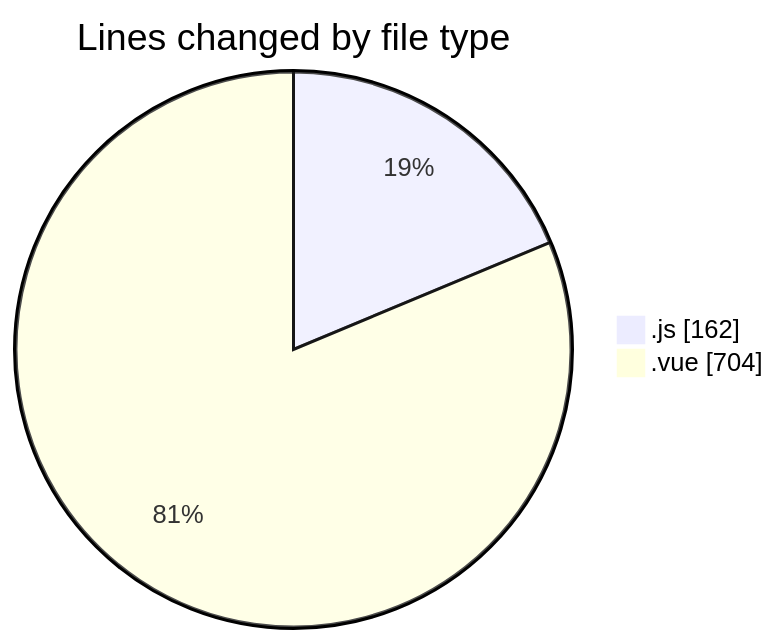
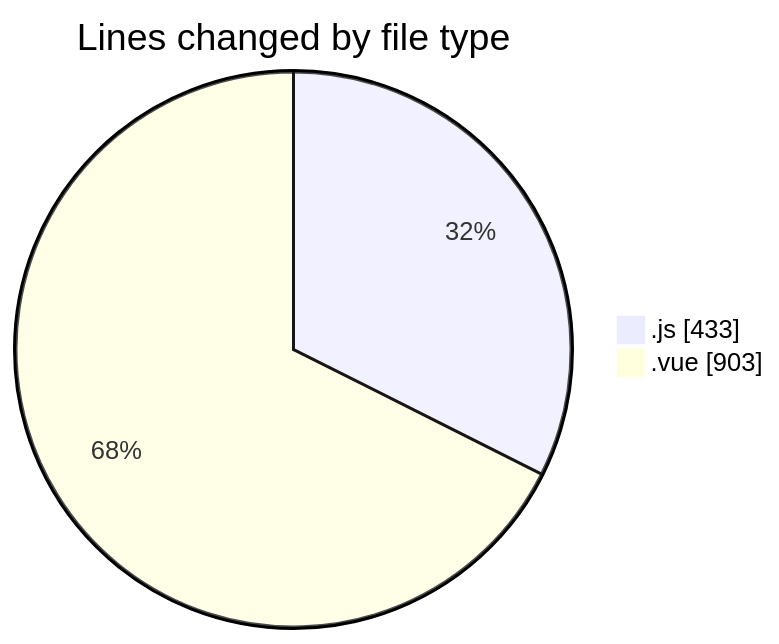
The first of 2 diagrams in 2025-08-17/rentotp/README.md (lephambinh05/code-tracking), drawn with Mermaid before and after one commit. The commit also changed other lines of this file and 1 other file, not shown here.

````diff
--- a/2025-08-17/rentotp/README.md
+++ b/2025-08-17/rentotp/README.md
@@ -23,6 +27,6 @@
 ```mermaid
 pie showData
 title Lines changed by file type
-".js" : 162
-".vue" : 704
+".js" : 433
+".vue" : 903
 ```
````
